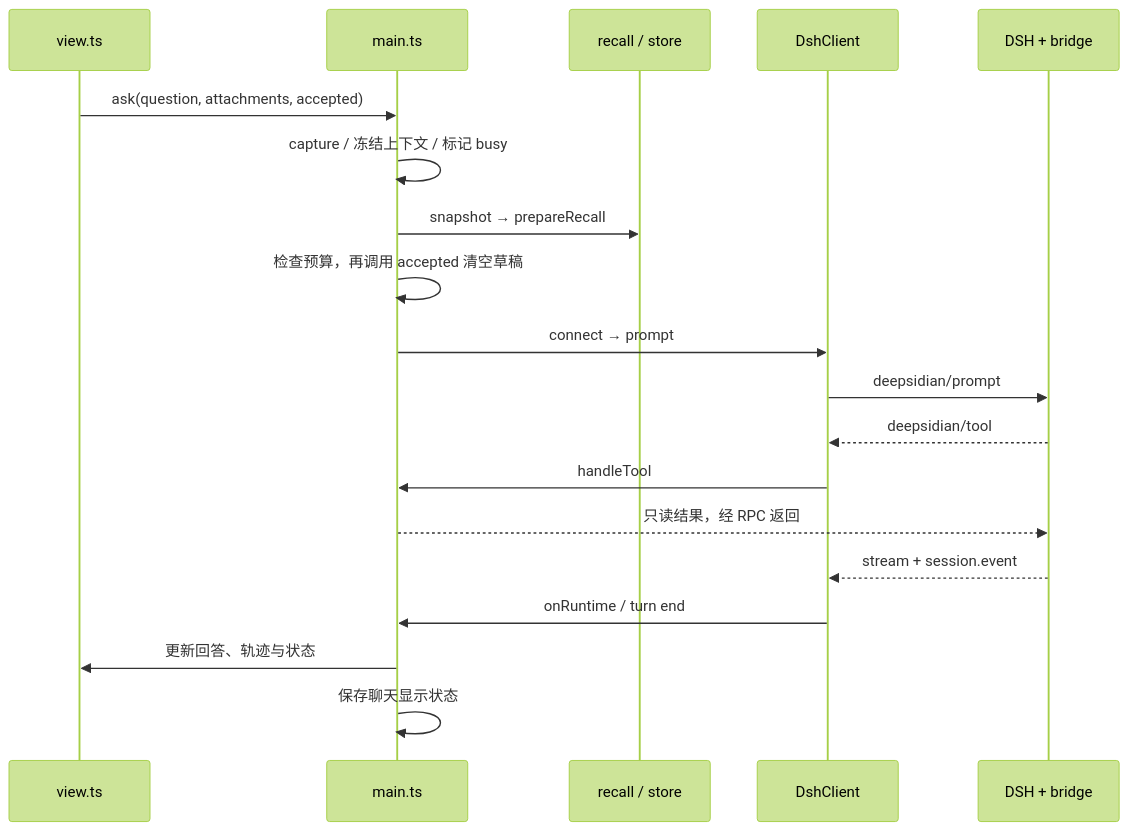
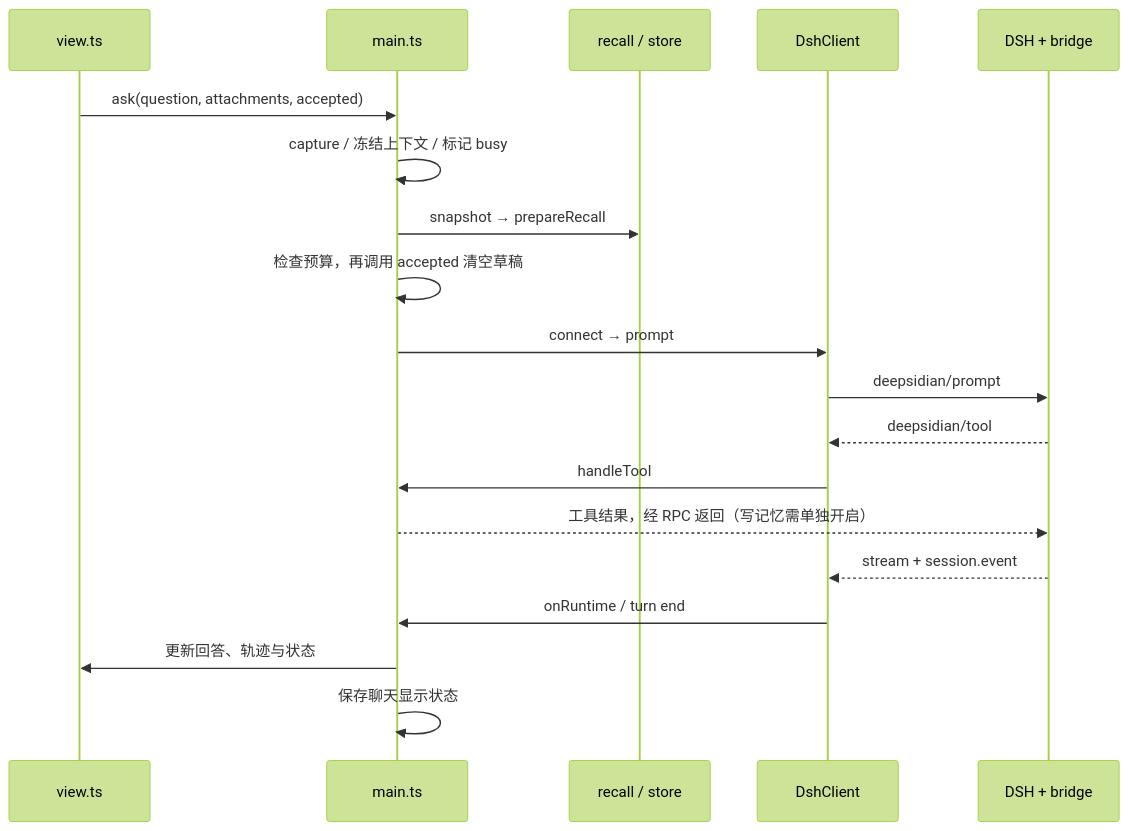
The diagram in docs/PROJECT-MAP.md (DrTonks/deepsidian), drawn with Mermaid (forest theme) before and after one commit. The commit also changed other lines of this file and 23 other files, not shown here.

````diff
--- a/docs/PROJECT-MAP.md
+++ b/docs/PROJECT-MAP.md
@@ -55,21 +56,21 @@
 ```mermaid
 sequenceDiagram
     participant V as view.ts
     participant P as main.ts
     participant R as recall / store
     participant C as DshClient
     participant B as DSH + bridge
     V->>P: ask(question, attachments, accepted)
     P->>P: capture / 冻结上下文 / 标记 busy
     P->>R: snapshot → prepareRecall
     P->>P: 检查预算，再调用 accepted 清空草稿
     P->>C: connect → prompt
     C->>B: deepsidian/prompt
     B-->>C: deepsidian/tool
     C->>P: handleTool
-    P-->>B: 只读结果，经 RPC 返回
+    P-->>B: 工具结果，经 RPC 返回（写记忆需单独开启）
     B-->>C: stream + session.event
     C->>P: onRuntime / turn end
     P->>V: 更新回答、轨迹与状态
     P->>P: 保存聊天显示状态
 ```
````
